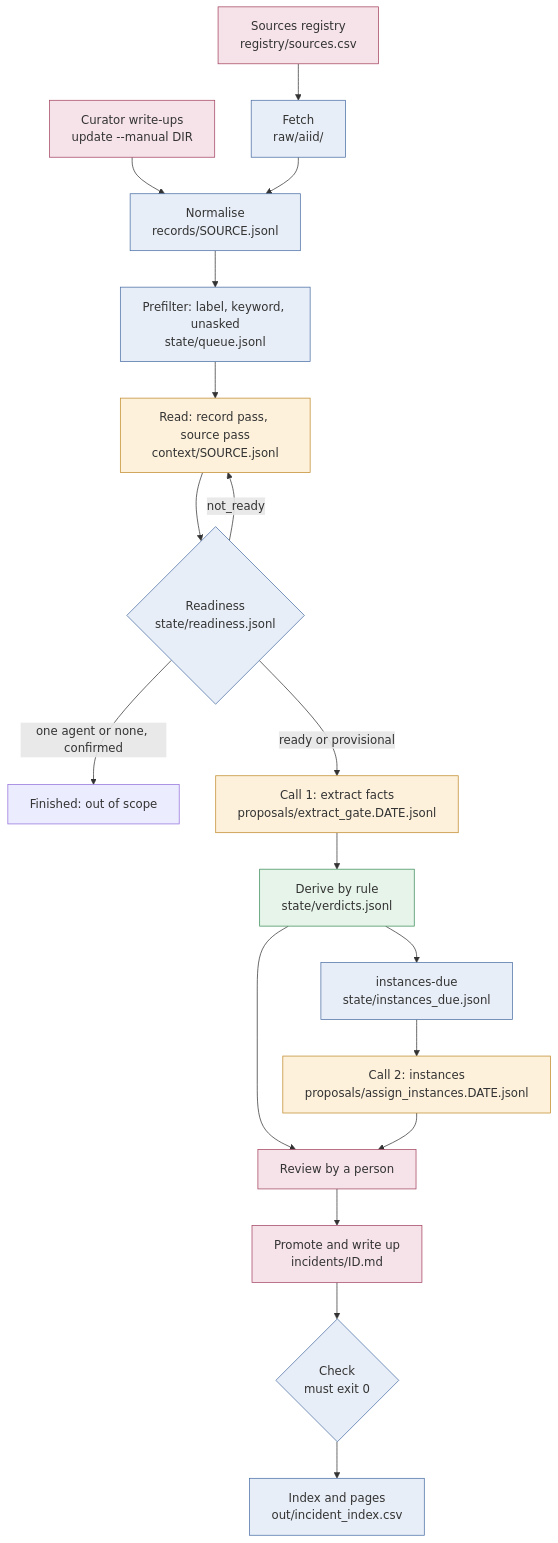
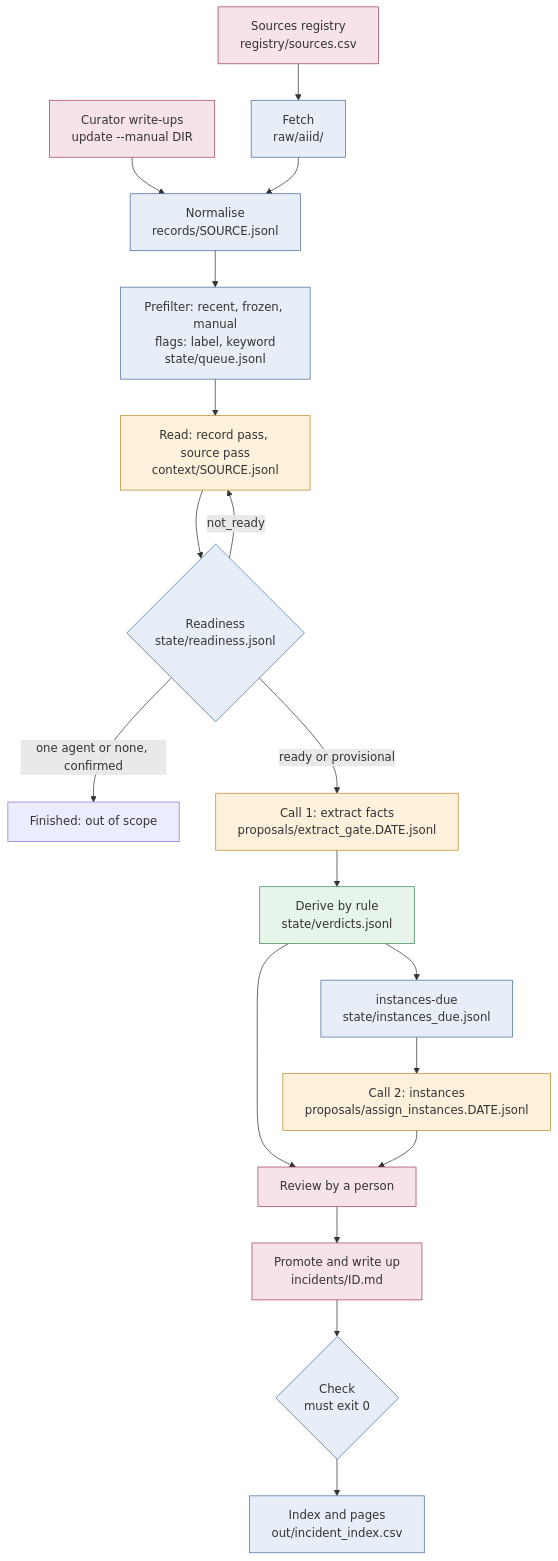
The first of 2 diagrams in mvp/docs/how_it_works.md (rpast/Mind-the-Interagent-Gap), drawn with Mermaid before and after one commit. The commit also changed other lines of this file and 34 other files, not shown here.

````diff
--- a/mvp/docs/how_it_works.md
+++ b/mvp/docs/how_it_works.md
@@ -243,28 +252,28 @@
 ```mermaid
 flowchart TD
   REG["Sources registry<br/>registry/sources.csv"] --> FETCH["Fetch<br/>raw/aiid/"]
   MAN["Curator write-ups<br/>update --manual DIR"] --> NORM
   FETCH --> NORM["Normalise<br/>records/SOURCE.jsonl"]
-  NORM --> PRE["Prefilter: label, keyword, unasked<br/>state/queue.jsonl"]
+  NORM --> PRE["Prefilter: recent, frozen, manual<br/>flags: label, keyword<br/>state/queue.jsonl"]
   PRE --> READ["Read: record pass, source pass<br/>context/SOURCE.jsonl"]
   READ --> RDY{"Readiness<br/>state/readiness.jsonl"}
   RDY -->|"not_ready"| READ
   RDY -->|"one agent or none, confirmed"| GONE["Finished: out of scope"]
   RDY -->|"ready or provisional"| C1["Call 1: extract facts<br/>proposals/extract_gate.DATE.jsonl"]
   C1 --> DER["Derive by rule<br/>state/verdicts.jsonl"]
   DER --> DUE["instances-due<br/>state/instances_due.jsonl"]
   DUE --> C2["Call 2: instances<br/>proposals/assign_instances.DATE.jsonl"]
   DER --> REV["Review by a person"]
   C2 --> REV
   REV --> PROM["Promote and write up<br/>incidents/ID.md"]
   PROM --> CHK{"Check<br/>must exit 0"}
   CHK --> IDX["Index and pages<br/>out/incident_index.csv"]
   classDef script fill:#e8eef7,stroke:#4a6fa5
   classDef model fill:#fdf1dc,stroke:#c08a2b
   classDef rule fill:#e6f4ea,stroke:#3c8d5a
   classDef person fill:#f6e3ea,stroke:#a3445f
   class FETCH,NORM,PRE,RDY,DUE,CHK,IDX script
   class READ,C1,C2 model
   class DER rule
   class REG,MAN,REV,PROM person
 ```
````
